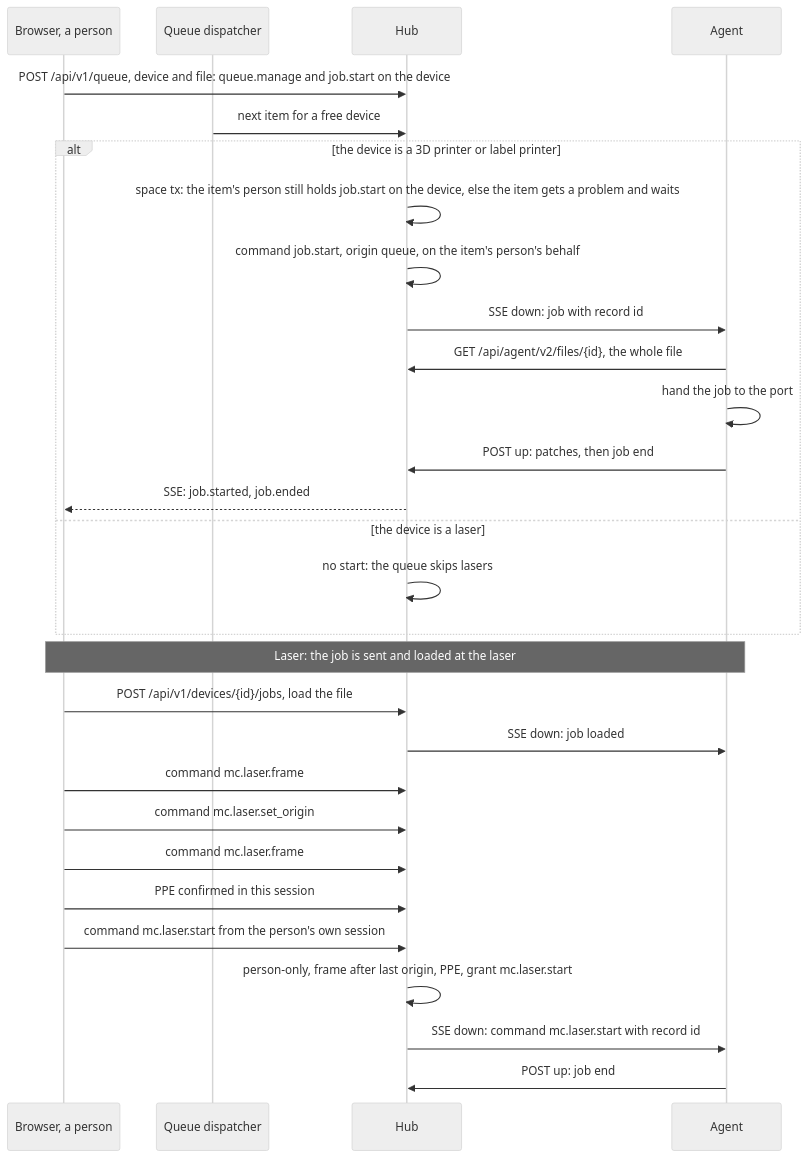
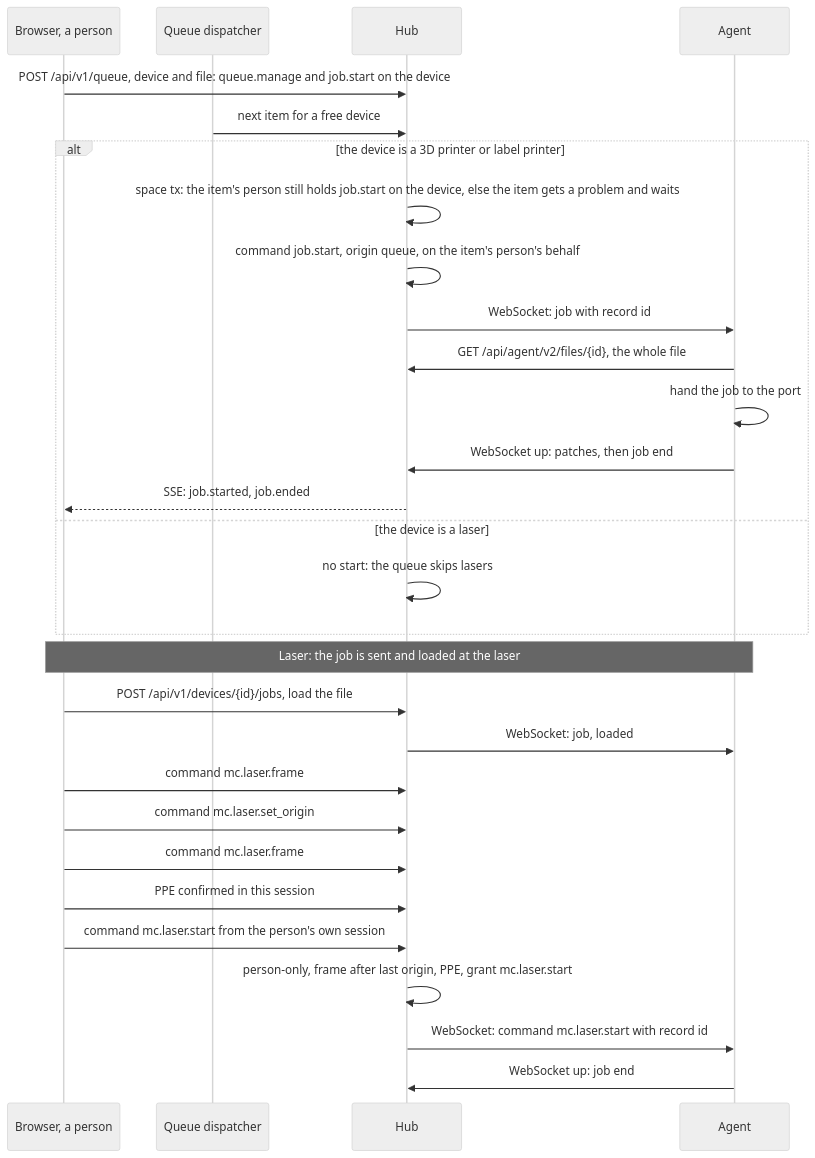
The fourth of 9 diagrams in docs/design/flows.md (CuriousTimo/Maker-Connect), drawn with Mermaid (neutral theme) before and after one commit. The commit also changed other lines of this file and 20 other files, not shown here.

````diff
--- a/docs/design/flows.md
+++ b/docs/design/flows.md
@@ -126,31 +130,31 @@
 ```mermaid
 sequenceDiagram
   participant B as Browser, a person
   participant Q as Queue dispatcher
   participant H as Hub
   participant A as Agent
   B->>H: POST /api/v1/queue, device and file: queue.manage and job.start on the device
   Q->>H: next item for a free device
   alt the device is a 3D printer or label printer
     H->>H: space tx: the item's person still holds job.start on the device, else the item gets a problem and waits
     H->>H: command job.start, origin queue, on the item's person's behalf
-    H->>A: SSE down: job with record id
+    H->>A: WebSocket: job with record id
     A->>H: GET /api/agent/v2/files/{id}, the whole file
     A->>A: hand the job to the port
-    A->>H: POST up: patches, then job end
+    A->>H: WebSocket up: patches, then job end
     H-->>B: SSE: job.started, job.ended
   else the device is a laser
     H->>H: no start: the queue skips lasers
   end
   Note over B,A: Laser: the job is sent and loaded at the laser
   B->>H: POST /api/v1/devices/{id}/jobs, load the file
-  H->>A: SSE down: job loaded
+  H->>A: WebSocket: job, loaded
   B->>H: command mc.laser.frame
   B->>H: command mc.laser.set_origin
   B->>H: command mc.laser.frame
   B->>H: PPE confirmed in this session
   B->>H: command mc.laser.start from the person's own session
   H->>H: person-only, frame after last origin, PPE, grant mc.laser.start
-  H->>A: SSE down: command mc.laser.start with record id
-  A->>H: POST up: job end
+  H->>A: WebSocket: command mc.laser.start with record id
+  A->>H: WebSocket up: job end
 ```
````
